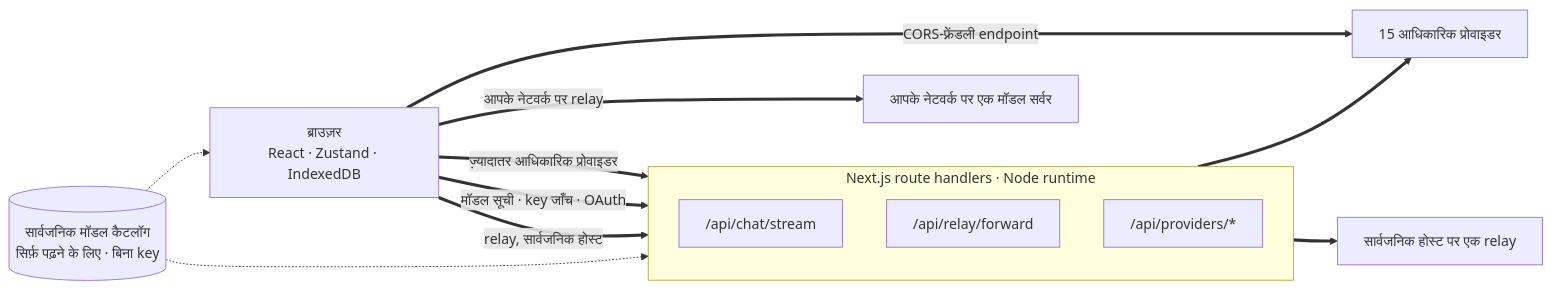
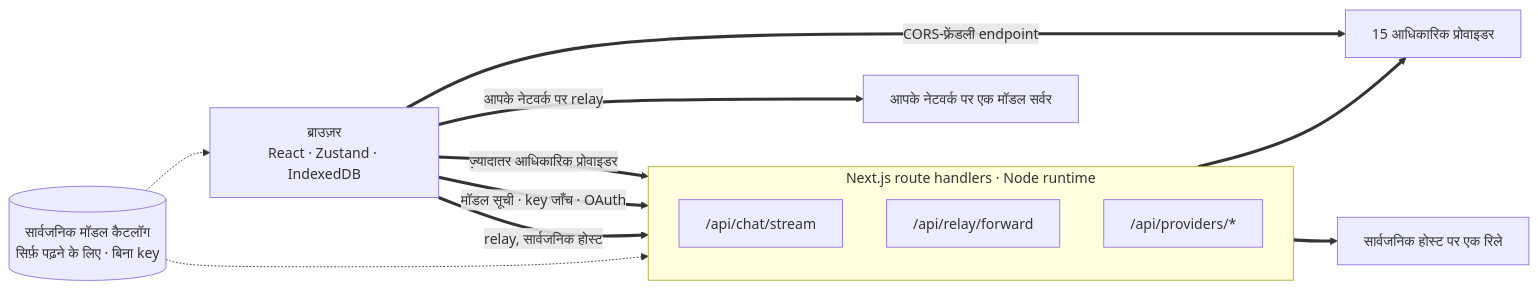
The first of 2 diagrams in readme_i18n/hi/web.md (oriveo/oriveo), drawn with Mermaid before and after one commit. The commit also changed other lines of this file and 89 other files, not shown here.

````diff
--- a/readme_i18n/hi/web.md
+++ b/readme_i18n/hi/web.md
@@ -61,24 +62,24 @@
 ```mermaid
 flowchart LR
     browser["ब्राउज़र<br/>React · Zustand · IndexedDB"]
 
     subgraph server ["Next.js route handlers · Node runtime"]
         direction TB
         chat["/api/chat/stream"]
         fwd["/api/relay/forward"]
         prov["/api/providers/*"]
     end
 
     official["15 आधिकारिक प्रोवाइडर"]
-    pubrelay["सार्वजनिक होस्ट पर एक relay"]
+    pubrelay["सार्वजनिक होस्ट पर एक रिले"]
     lan["आपके नेटवर्क पर एक मॉडल सर्वर"]
     catalog[("सार्वजनिक मॉडल कैटलॉग<br/>सिर्फ़ पढ़ने के लिए · बिना key")]
 
     browser ==>|"ज़्यादातर आधिकारिक प्रोवाइडर"| chat ==> official
     browser ==>|"मॉडल सूची · key जाँच · OAuth"| prov
     browser ==>|"relay, सार्वजनिक होस्ट"| fwd ==> pubrelay
     browser ==>|"आपके नेटवर्क पर relay"| lan
     browser ==>|"CORS-फ़्रेंडली endpoint"| official
     catalog -.-> browser
     catalog -.-> chat
 ```
````
